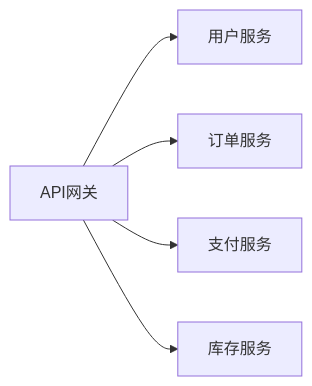
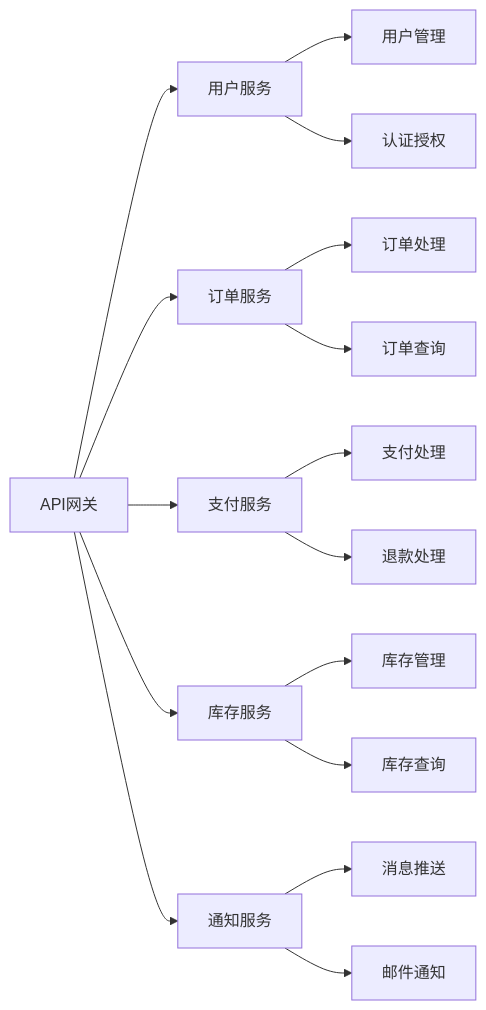
Before and after one commit to AdaMartin18010/Data-Science: the eighth of 12 diagrams in Analysis/4-软件架构与工程/4.1-基础理论/4.1.1-软件架构基础理论.md, drawn with Mermaid. The commit also changed other lines of this file and 16 other files, not shown here.

````diff
--- a/Analysis/4-软件架构与工程/4.1-基础理论/4.1.1-软件架构基础理论.md
+++ b/Analysis/4-软件架构与工程/4.1-基础理论/4.1.1-软件架构基础理论.md
@@ -201,7 +311,23 @@
 ```mermaid
 graph LR
     A[API网关] --> B[用户服务]
     A --> C[订单服务]
     A --> D[支付服务]
     A --> E[库存服务]
+    A --> F[通知服务]
+    
+    B --> G[用户管理]
+    B --> H[认证授权]
+    
+    C --> I[订单处理]
+    C --> J[订单查询]
+    
+    D --> K[支付处理]
+    D --> L[退款处理]
+    
+    E --> M[库存管理]
+    E --> N[库存查询]
+    
+    F --> O[消息推送]
+    F --> P[邮件通知]
 ```
````
